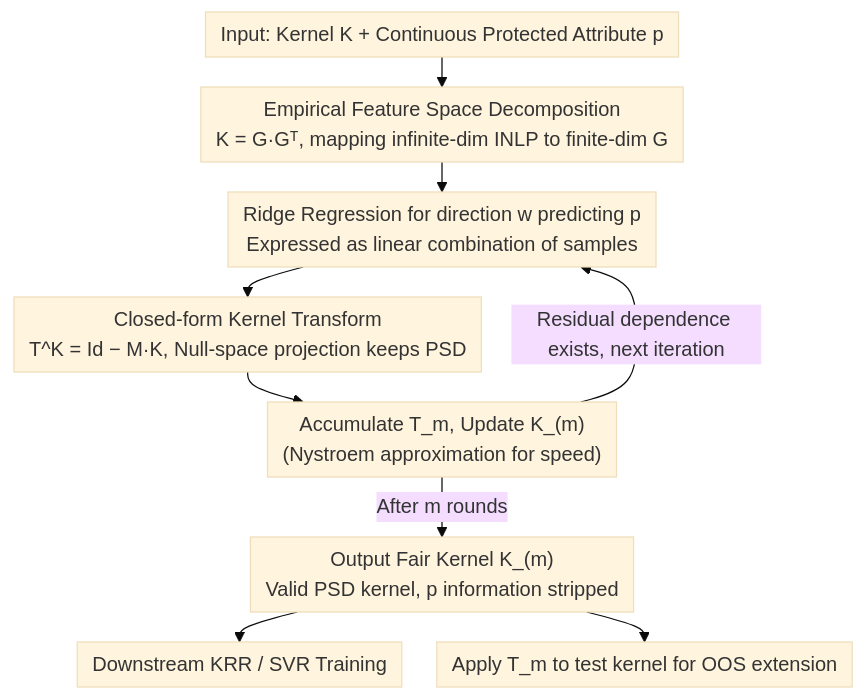
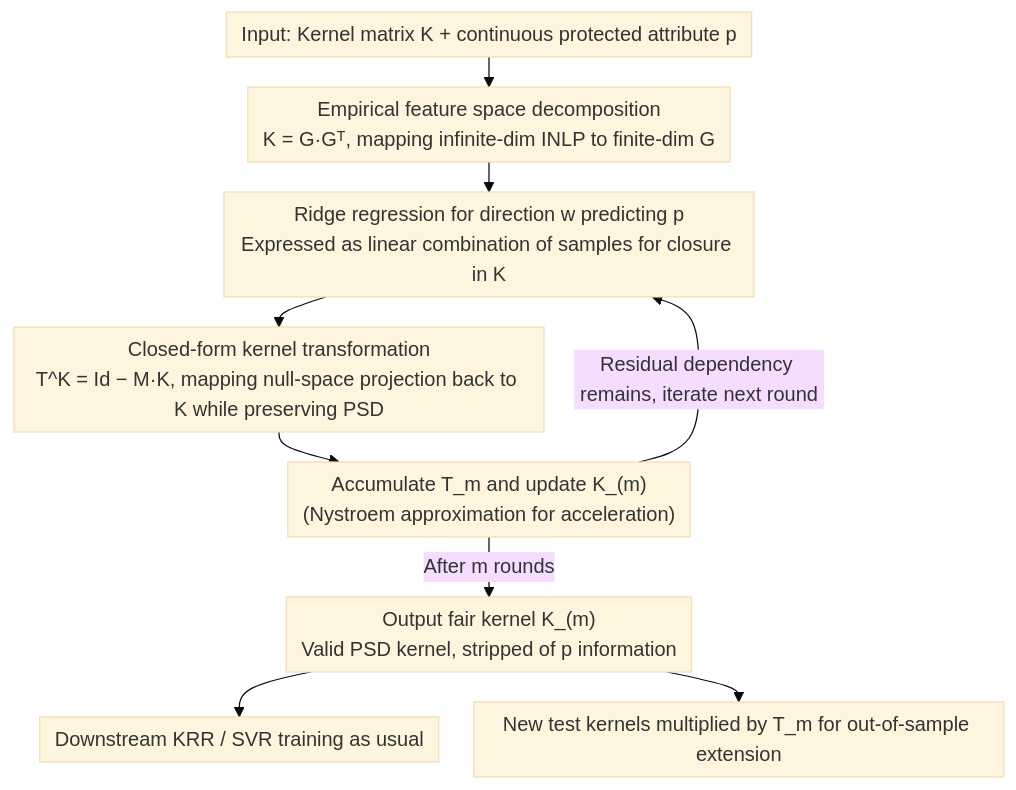
Before and after one commit to zhaoyang97/Paper-Notes-en: the diagram in docs/ICML2026/ai_safety/extending_fair_null-space_projections_for_continuous_attributes_to_kernel_method.md, drawn with Mermaid (base theme). The commit also changed other lines of this file and 5084 other files, not shown here.

````diff
--- a/docs/ICML2026/ai_safety/extending_fair_null-space_projections_for_continuous_attributes_to_kernel_method.md
+++ b/docs/ICML2026/ai_safety/extending_fair_null-space_projections_for_continuous_attributes_to_kernel_method.md
@@ -42,12 +42,12 @@
 ```mermaid
 %%{init: {'flowchart': {'rankSpacing': 24, 'nodeSpacing': 28, 'padding': 6, 'wrappingWidth': 400}}}%%
 flowchart TD
-    A["Input: Kernel K + Continuous Protected Attribute p"] --> B["Empirical Feature Space Decomposition<br/>K = G·Gᵀ, mapping infinite-dim INLP to finite-dim G"]
-    B --> C["Ridge Regression for direction w predicting p<br/>Expressed as linear combination of samples"]
-    C --> D["Closed-form Kernel Transform<br/>T^K = Id − M·K, Null-space projection keeps PSD"]
-    D --> E["Accumulate T_m, Update K_(m)<br/>(Nystroem approximation for speed)"]
-    E -->|Residual dependence exists, next iteration| C
-    E -->|After m rounds| F["Output Fair Kernel K_(m)<br/>Valid PSD kernel, p information stripped"]
-    F --> G["Downstream KRR / SVR Training"]
-    F --> H["Apply T_m to test kernel for OOS extension"]
+    A["Input: Kernel matrix K + continuous protected attribute p"] --> B["Empirical feature space decomposition<br/>K = G·Gᵀ, mapping infinite-dim INLP to finite-dim G"]
+    B --> C["Ridge regression for direction w predicting p<br/>Expressed as linear combination of samples for closure in K"]
+    C --> D["Closed-form kernel transformation<br/>T^K = Id − M·K, mapping null-space projection back to K while preserving PSD"]
+    D --> E["Accumulate T_m and update K_(m)<br/>(Nystroem approximation for acceleration)"]
+    E -->|Residual dependency remains, iterate next round| C
+    E -->|After m rounds| F["Output fair kernel K_(m)<br/>Valid PSD kernel, stripped of p information"]
+    F --> G["Downstream KRR / SVR training as usual"]
+    F --> H["New test kernels multiplied by T_m for out-of-sample extension"]
 ```
````
